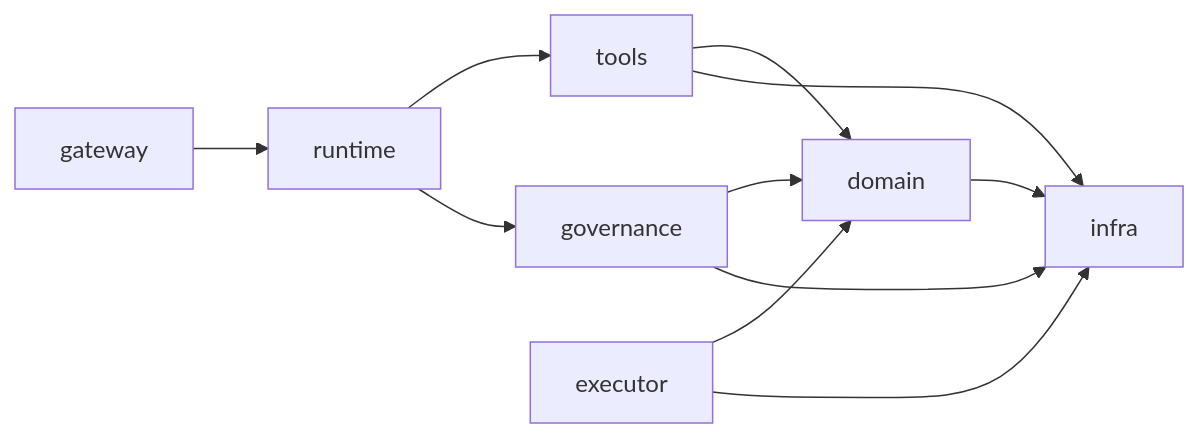
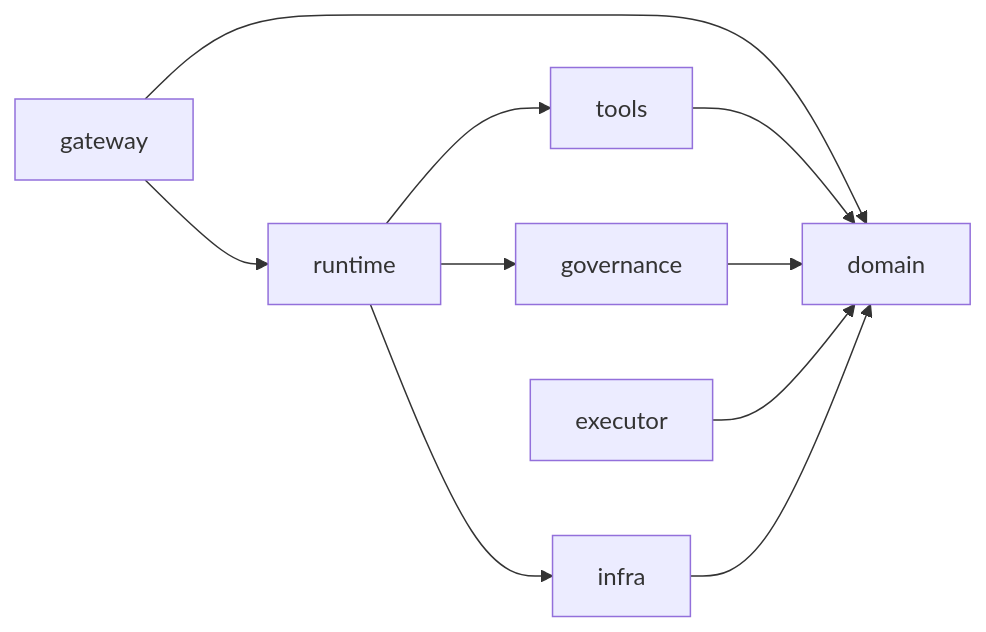
One commit to RONGX563647/SuperDeveloperAgent changed the diagram in docs/项目规约-v1.0.md. Above: the diagram before and after it, drawn with Mermaid. The commit also changed other lines of this file and 35 other files, not shown here.

````diff
--- a/docs/项目规约-v1.0.md
+++ b/docs/项目规约-v1.0.md
@@ -92,13 +94,12 @@
 ```mermaid
 flowchart LR
     GW[gateway] --> RT[runtime]
+    GW --> DO[domain]
     RT --> TL[tools]
     RT --> GV[governance]
-    TL --> DO[domain]
+    RT --> IN[infra]
+    TL --> DO
     GV --> DO
     EX[executor] --> DO
-    DO --> IN[infra]
-    TL --> IN
-    GV --> IN
-    EX --> IN
+    IN --> DO
 ```
````
